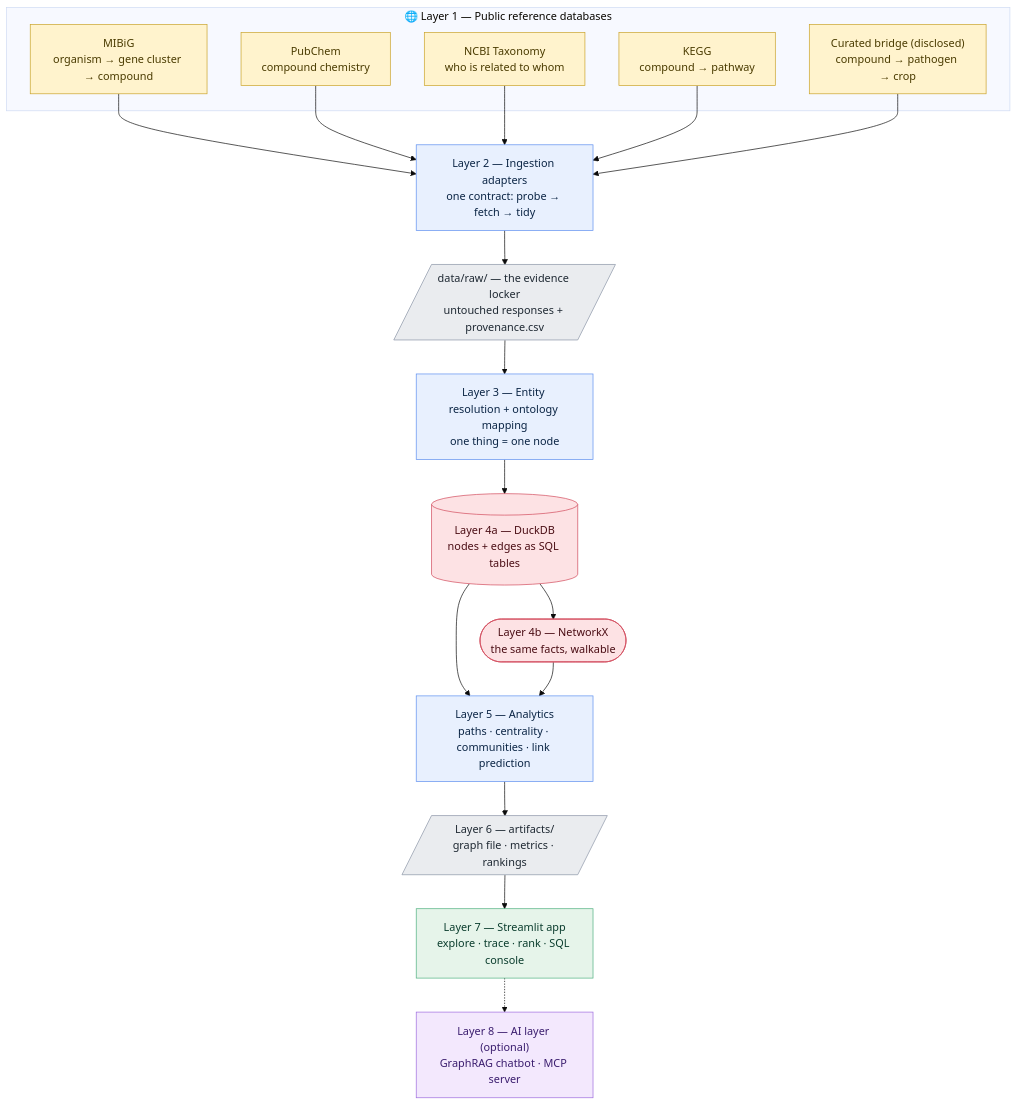
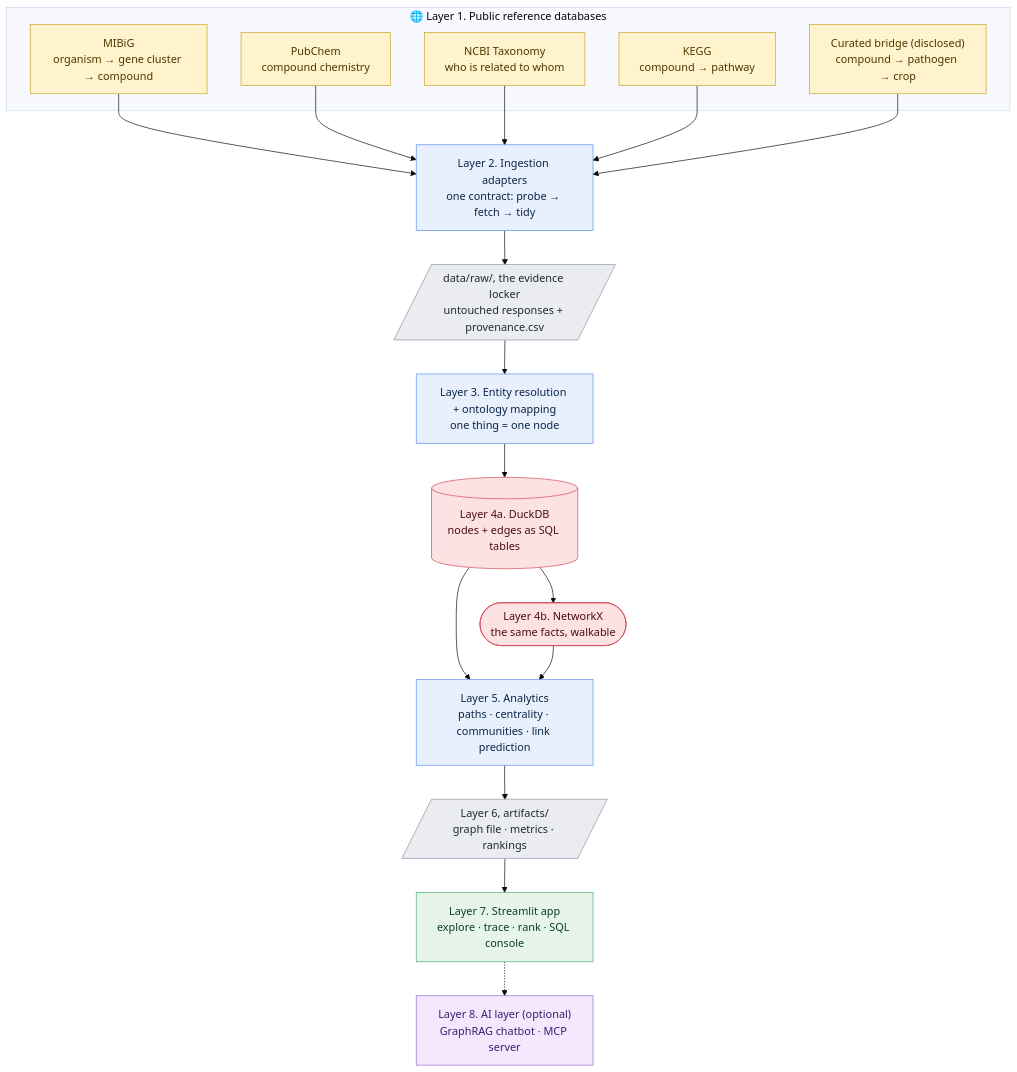
The diagram in docs/00-architecture.md (akannan2987/microbegraph), drawn with Mermaid (base theme) before and after one commit. The commit also changed other lines of this file and 17 other files, not shown here.

````diff
--- a/docs/00-architecture.md
+++ b/docs/00-architecture.md
@@ -153,47 +153,47 @@
 ```mermaid
 flowchart TD
-    subgraph SOURCES["🌐 Layer 1 — Public reference databases"]
+    subgraph SOURCES["🌐 Layer 1. Public reference databases"]
         S1["MIBiG<br/>organism → gene cluster → compound"]
         S2["PubChem<br/>compound chemistry"]
         S3["NCBI Taxonomy<br/>who is related to whom"]
         S4["KEGG<br/>compound → pathway"]
         S5["Curated bridge (disclosed)<br/>compound → pathogen → crop"]
     end
-    A["Layer 2 — Ingestion adapters<br/>one contract: probe → fetch → tidy"]
-    B[/"data/raw/ — the evidence locker<br/>untouched responses + provenance.csv"/]
-    C["Layer 3 — Entity resolution + ontology mapping<br/>one thing = one node"]
-    D[("Layer 4a — DuckDB<br/>nodes + edges as SQL tables")]
-    E(["Layer 4b — NetworkX<br/>the same facts, walkable"])
-    F["Layer 5 — Analytics<br/>paths · centrality · communities · link prediction"]
-    G[/"Layer 6 — artifacts/<br/>graph file · metrics · rankings"/]
-    H["Layer 7 — Streamlit app<br/>explore · trace · rank · SQL console"]
-    I["Layer 8 — AI layer (optional)<br/>GraphRAG chatbot · MCP server"]
+    A["Layer 2. Ingestion adapters<br/>one contract: probe → fetch → tidy"]
+    B[/"data/raw/, the evidence locker<br/>untouched responses + provenance.csv"/]
+    C["Layer 3. Entity resolution + ontology mapping<br/>one thing = one node"]
+    D[("Layer 4a. DuckDB<br/>nodes + edges as SQL tables")]
+    E(["Layer 4b. NetworkX<br/>the same facts, walkable"])
+    F["Layer 5. Analytics<br/>paths · centrality · communities · link prediction"]
+    G[/"Layer 6, artifacts/<br/>graph file · metrics · rankings"/]
+    H["Layer 7. Streamlit app<br/>explore · trace · rank · SQL console"]
+    I["Layer 8. AI layer (optional)<br/>GraphRAG chatbot · MCP server"]
 
     S1 --> A
     S2 --> A
     S3 --> A
     S4 --> A
     S5 --> A
     A --> B
     B --> C
     C --> D
     D --> E
     D --> F
     E --> F
     F --> G
     G --> H
     H -.-> I
 
     classDef src fill:#FFF3CD,stroke:#C9A227,color:#4A3B00;
     classDef work fill:#E8F0FE,stroke:#5B8DEF,color:#0B2545;
     classDef store fill:#FDE2E4,stroke:#D1495B,color:#4A0D14;
     classDef artifact fill:#EAECEF,stroke:#8A94A6,color:#1F2933;
     classDef cloud fill:#E6F4EA,stroke:#4CAF7D,color:#0B3D2E;
     classDef ai fill:#F3E8FD,stroke:#9C6ADE,color:#3A1D6E;
     class S1,S2,S3,S4,S5 src
     class A,C,F work
     class D,E store
     class B,G artifact
     class H cloud
     class I ai
 ```
````
